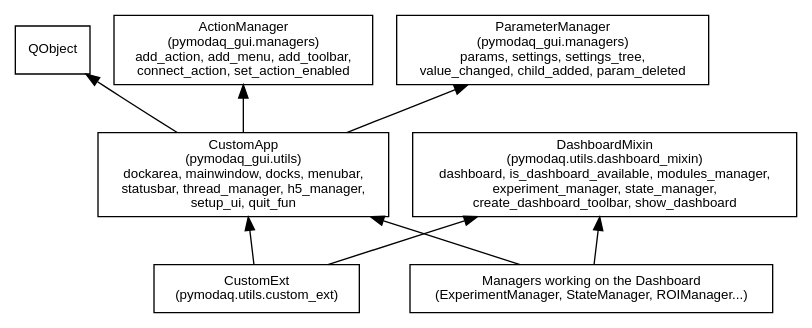
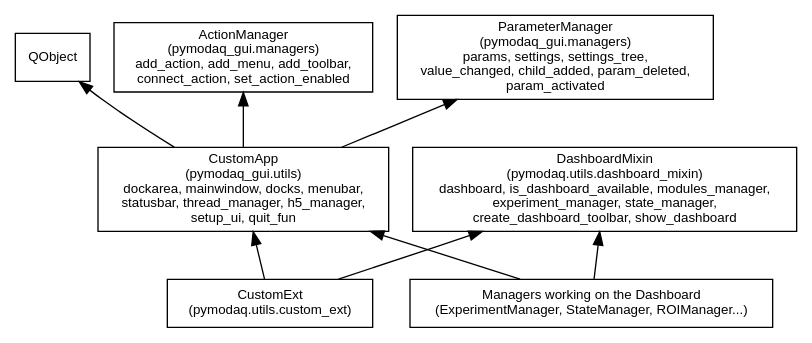
The second of 7 diagrams in docs/src/developer_folder/custom_app.rst (PyMoDAQ/PyMoDAQ), drawn with Graphviz before and after one commit. The commit also changed other lines of this file and 2 other files, not shown here.

First line of the commit message:
docs: param_activated of the ParameterManager and the buttons of the plugins (action, action_led)

```diff
--- a/docs/src/developer_folder/custom_app.rst
+++ b/docs/src/developer_folder/custom_app.rst
@@ -177,16 +177,16 @@
 .. graphviz::
    :caption: Class structure of CustomApp and CustomExt
 
    digraph classes {
      rankdir=BT; node [shape=box, fontname="Helvetica", fontsize=10];
      QObject;
      ActionManager [label="ActionManager\n(pymodaq_gui.managers)\nadd_action, add_menu, add_toolbar,\nconnect_action, set_action_enabled"];
-     ParameterManager [label="ParameterManager\n(pymodaq_gui.managers)\nparams, settings, settings_tree,\nvalue_changed, child_added, param_deleted"];
+     ParameterManager [label="ParameterManager\n(pymodaq_gui.managers)\nparams, settings, settings_tree,\nvalue_changed, child_added, param_deleted,\nparam_activated"];
      CustomApp [label="CustomApp\n(pymodaq_gui.utils)\ndockarea, mainwindow, docks, menubar,\nstatusbar, thread_manager, h5_manager,\nsetup_ui, quit_fun"];
      DashboardMixin [label="DashboardMixin\n(pymodaq.utils.dashboard_mixin)\ndashboard, is_dashboard_available, modules_manager,\nexperiment_manager, state_manager,\ncreate_dashboard_toolbar, show_dashboard"];
      CustomExt [label="CustomExt\n(pymodaq.utils.custom_ext)"];
      Managers [label="Managers working on the Dashboard\n(ExperimentManager, StateManager, ROIManager...)"];
      CustomApp -> QObject; CustomApp -> ActionManager; CustomApp -> ParameterManager;
      CustomExt -> CustomApp; CustomExt -> DashboardMixin;
      Managers -> CustomApp; Managers -> DashboardMixin;
    }
```
